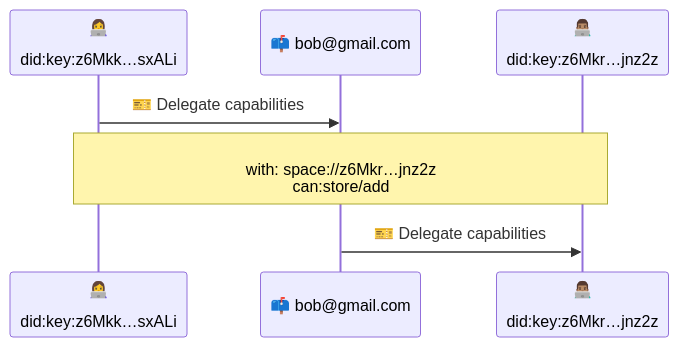
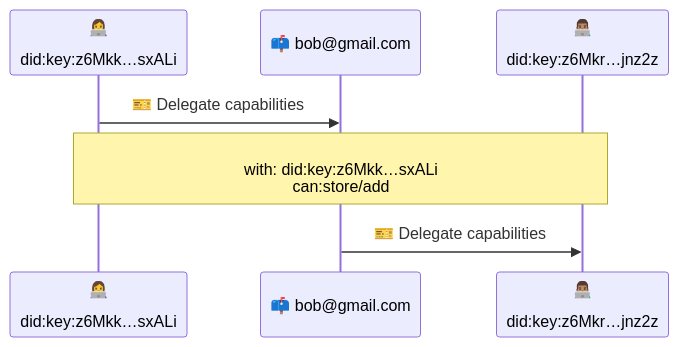
One commit to storacha/specs changed the second of 2 diagrams in w3-account.md. Above: the diagram before and after it, drawn with Mermaid. The commit also changed other lines of this file and 2 other files, not shown here.

````diff
--- a/w3-account.md
+++ b/w3-account.md
@@ -86,11 +120,10 @@
 ```mermaid
 sequenceDiagram
 participant Alice as 👩‍💻<br/><br/>did:key:z6Mkk…sxALi
 participant Email as 📫 bob@gmail.com
 participant Bob as 👨🏽‍💻 <br/><br/>did:key:z6Mkr…jnz2z
 
-
 Alice ->> Email: 🎫 Delegate capabilities
-note over Alice,Bob:<br/>with: space://z6Mkr…jnz2z<br/>can:store/add
+note over Alice,Bob:<br/>with: did:key:z6Mkk…sxALi<br/>can:store/add
 Email ->> Bob: 🎫 Delegate capabilities
 ```
````
